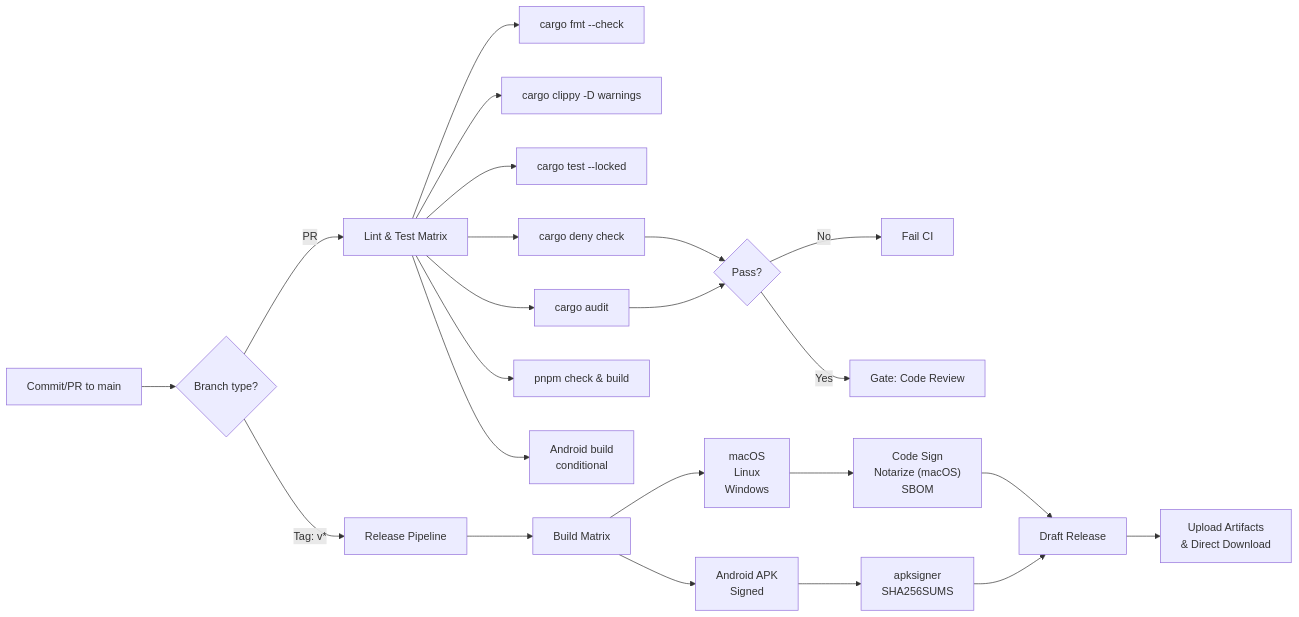
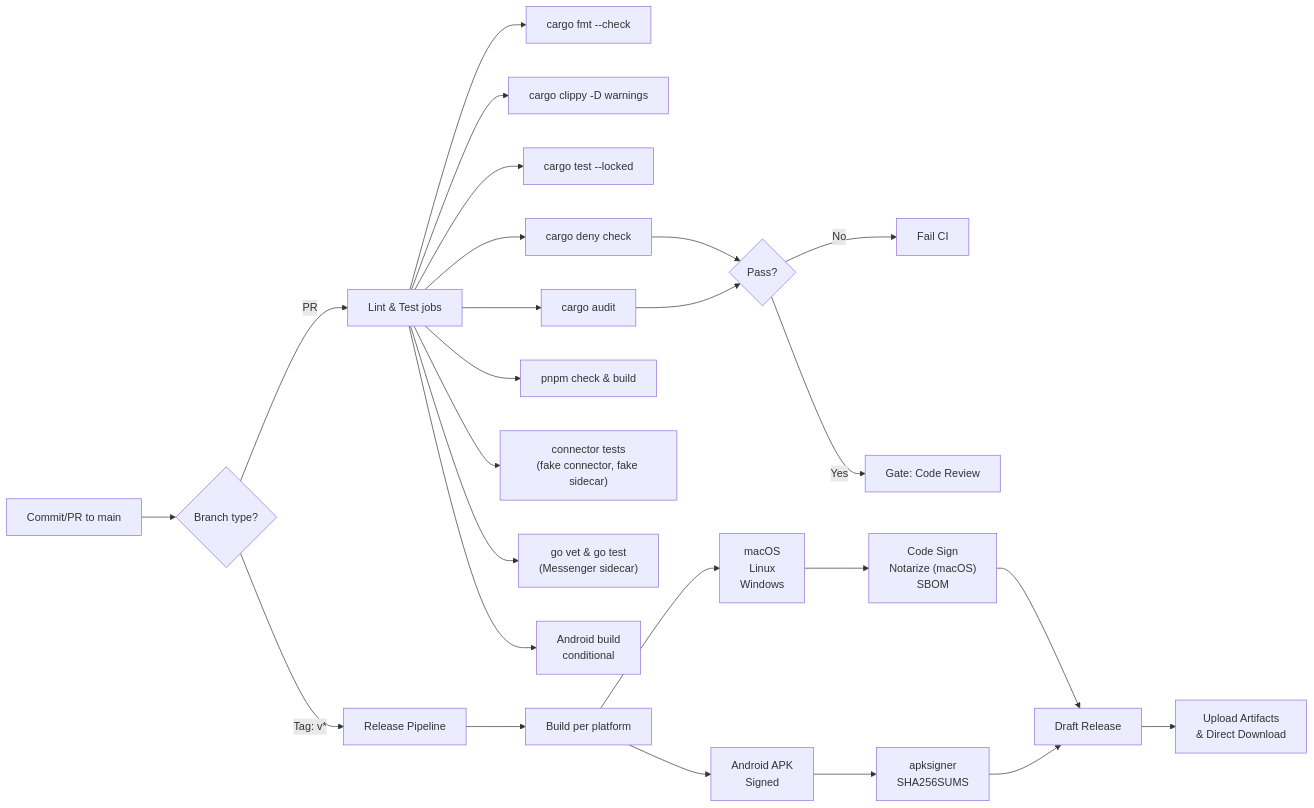
The diagram in docs/CI.md (centopw/alloy), drawn with Mermaid before and after one commit. The commit also changed other lines of this file and 28 other files, not shown here.

First line of the commit message:
docs: describe the connector architecture and drop the Matrix surfaces

````diff
--- a/docs/CI.md
+++ b/docs/CI.md
@@ -15,29 +15,31 @@
 ```mermaid
 graph LR
     A["Commit/PR to main"] --> B{"Branch type?"}
-    B -->|PR| C["Lint & Test Matrix"]
+    B -->|PR| C["Lint & Test jobs"]
     B -->|Tag: v*| D["Release Pipeline"]
 
     C --> E["cargo fmt --check"]
     C --> F["cargo clippy -D warnings"]
     C --> G["cargo test --locked"]
     C --> H["cargo deny check"]
     C --> I["cargo audit"]
     C --> J["pnpm check & build"]
+    C --> J2["connector tests<br/>(fake connector, fake sidecar)"]
+    C --> J3["go vet & go test<br/>(Messenger sidecar)"]
     C --> K["Android build<br/>conditional"]
 
     H --> L{"Pass?"}
     I --> L
     L -->|No| M["Fail CI"]
     L -->|Yes| N["Gate: Code Review"]
 
-    D --> O["Build Matrix"]
+    D --> O["Build per platform"]
     O --> P["macOS<br/>Linux<br/>Windows"]
     O --> P2["Android APK<br/>Signed"]
 
     P --> Q["Code Sign<br/>Notarize (macOS)<br/>SBOM"]
     P2 --> Q2["apksigner<br/>SHA256SUMS"]
     Q --> R["Draft Release"]
     Q2 --> R
     R --> S["Upload Artifacts<br/>& Direct Download"]
 ```
````
